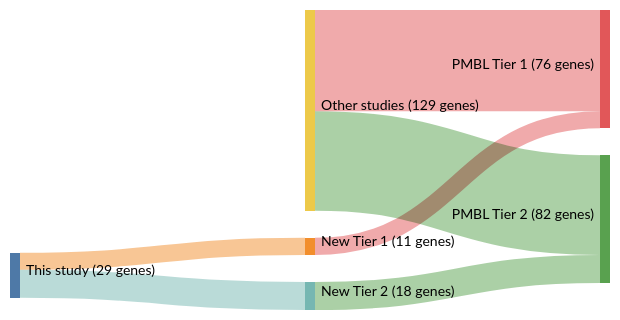
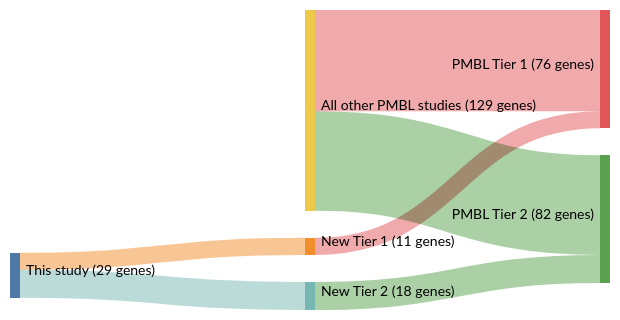
One commit to morinlab/lymphopedia changed the diagram in papers/reichelFlowSortingExome2015a.md. Above: the diagram before and after it, drawn with Mermaid (forest theme). The commit also changed 82 other files, not shown here.

````diff
--- a/papers/reichelFlowSortingExome2015a.md
+++ b/papers/reichelFlowSortingExome2015a.md
@@ -12,20 +12,20 @@
 ```mermaid
 ---
 config:
     sankey:
         showValues: true
         linkColor: target
         width: 600
         height: 300
         nodeAlignment: right
         prefix: '('
         suffix: ' genes)'
 ---
 sankey-beta
 This study, New Tier 1, 11
 New Tier 1, PMBL Tier 1, 11
 This study, New Tier 2, 18
 New Tier 2, PMBL Tier 2, 18
-Other studies, PMBL Tier 1, 65
-Other studies, PMBL Tier 2, 64
+All other PMBL studies, PMBL Tier 1, 65
+All other PMBL studies, PMBL Tier 2, 64
 ```
````
